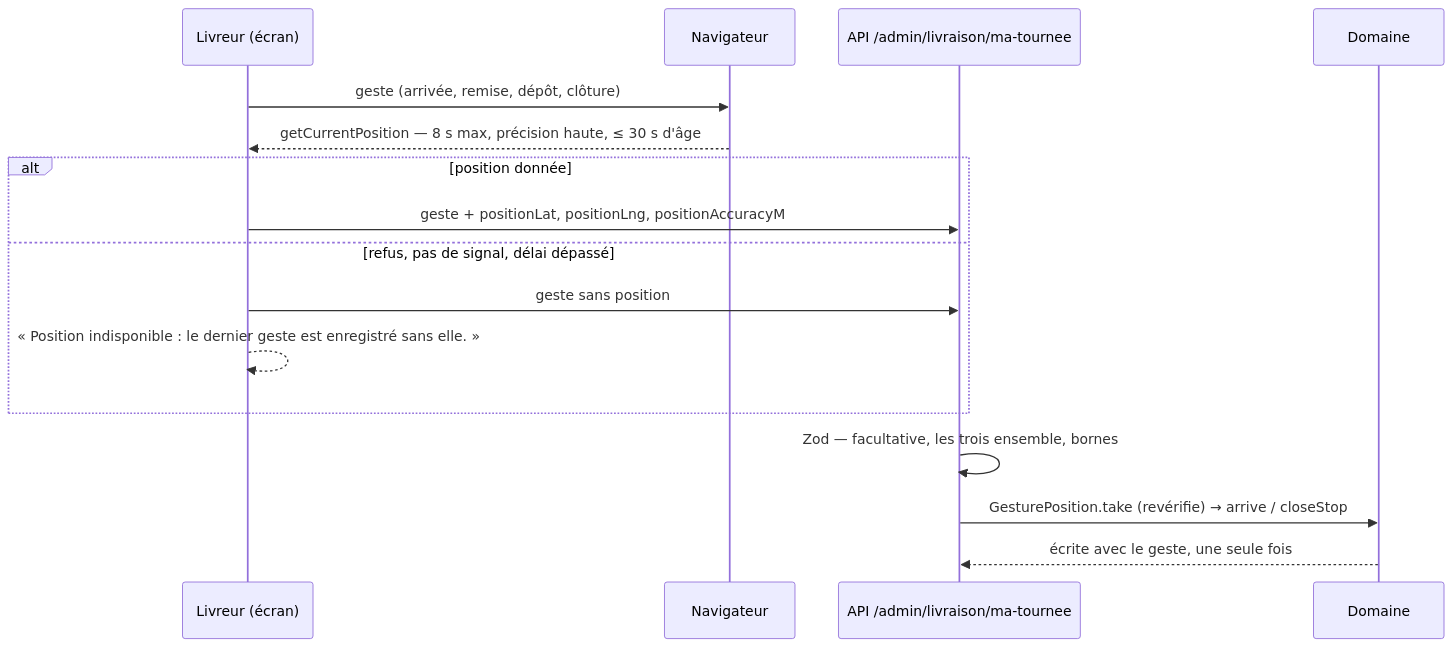
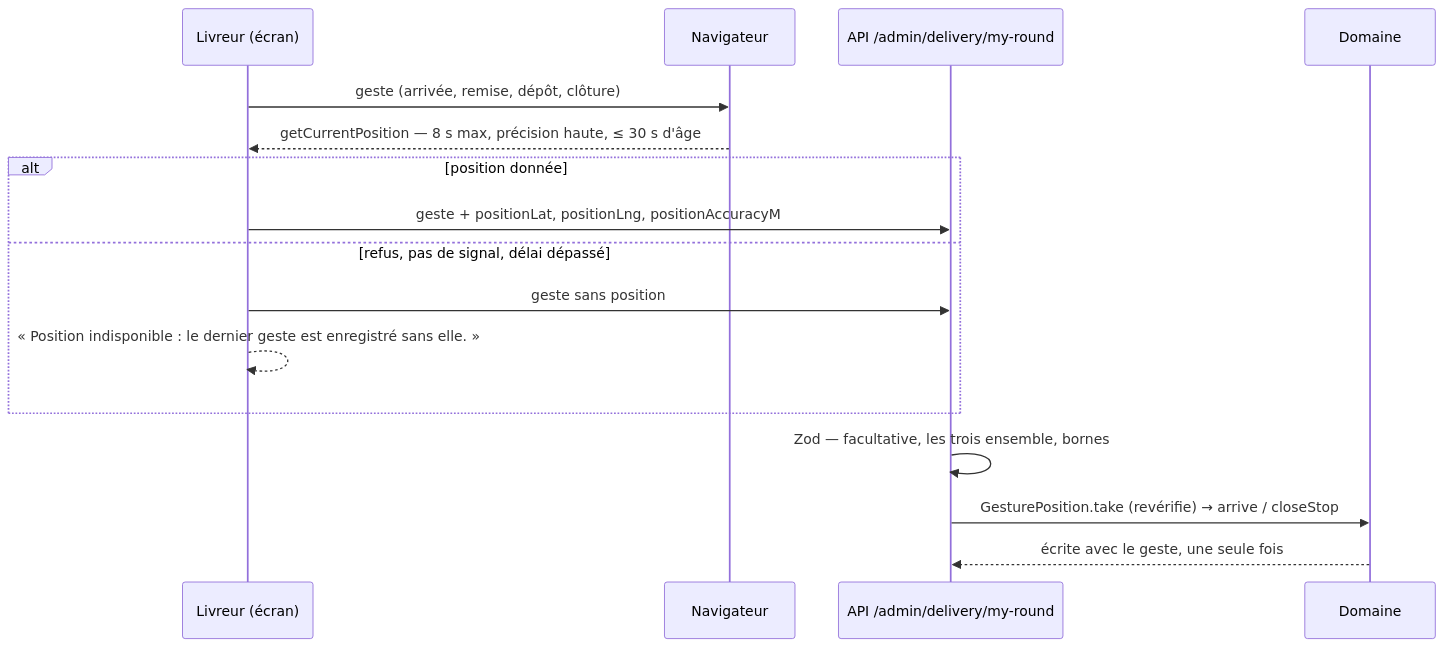
The second of 4 diagrams in documentation/livraisons/livreur/gps-y-aller-et-position.md (hugoheynard/lfd), drawn with Mermaid before and after one commit. The commit also changed other lines of this file and 159 other files, not shown here.

````diff
--- a/documentation/livraisons/livreur/gps-y-aller-et-position.md
+++ b/documentation/livraisons/livreur/gps-y-aller-et-position.md
@@ -134,18 +134,18 @@
 ```mermaid
 sequenceDiagram
   participant L as Livreur (écran)
   participant N as Navigateur
-  participant A as API /admin/livraison/ma-tournee
+  participant A as API /admin/delivery/my-round
   participant D as Domaine
   L->>N: geste (arrivée, remise, dépôt, clôture)
   N-->>L: getCurrentPosition — 8 s max, précision haute, ≤ 30 s d'âge
   alt position donnée
     L->>A: geste + positionLat, positionLng, positionAccuracyM
   else refus, pas de signal, délai dépassé
     L->>A: geste sans position
     L-->>L: « Position indisponible : le dernier geste est enregistré sans elle. »
   end
   A->>A: Zod — facultative, les trois ensemble, bornes
   A->>D: GesturePosition.take (revérifie) → arrive / closeStop
   D-->>A: écrite avec le geste, une seule fois
 ```
````
